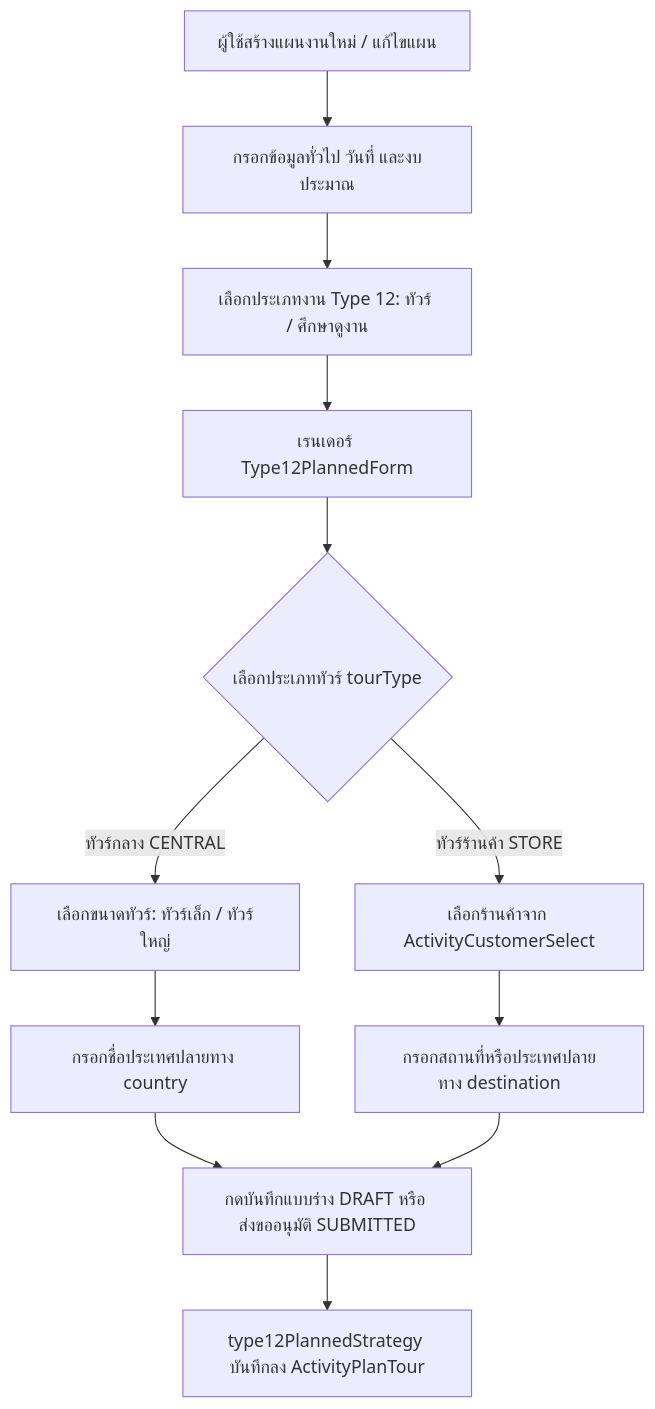
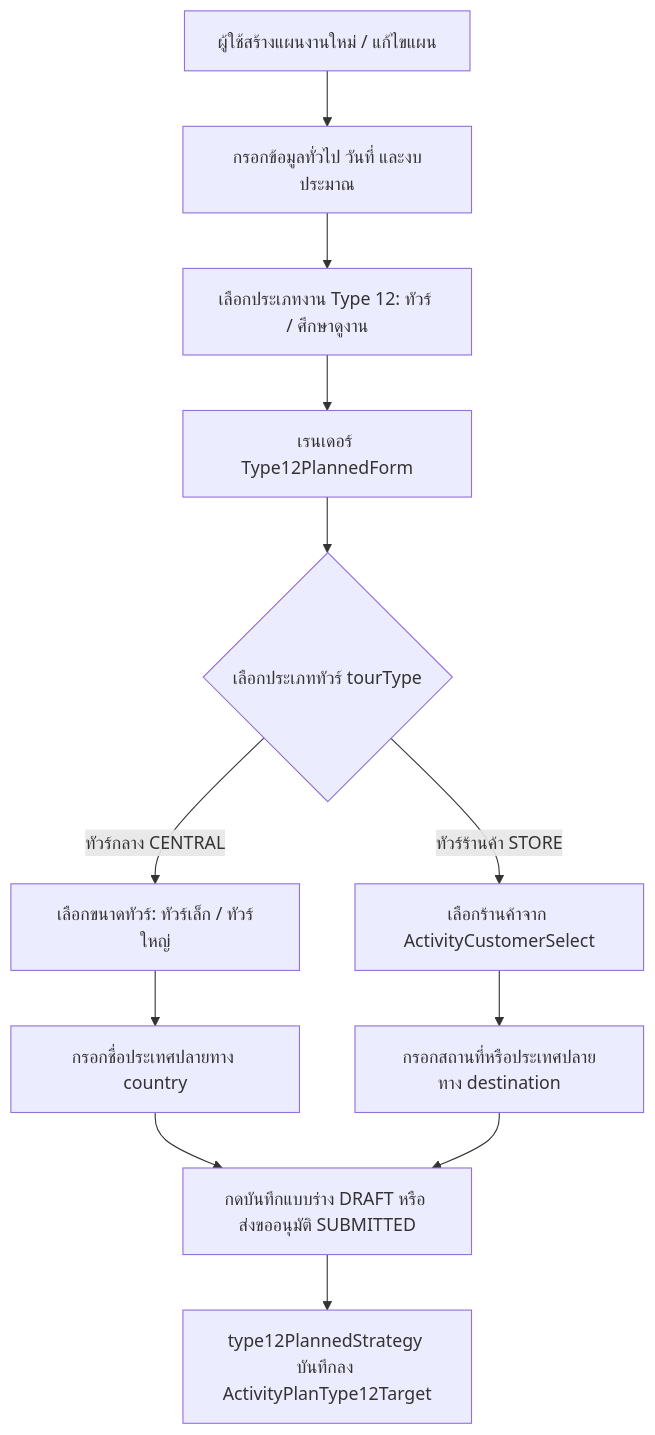
One commit to bankhk10/crm-bank changed the first of 3 diagrams in modules/activity/features/type-12/README.md. Above: the diagram before and after it, drawn with Mermaid. The commit also changed other lines of this file and 28 other files, not shown here.

````diff
--- a/modules/activity/features/type-12/README.md
+++ b/modules/activity/features/type-12/README.md
@@ -48,14 +48,14 @@
 ```mermaid
 graph TD
     A[ผู้ใช้สร้างแผนงานใหม่ / แก้ไขแผน] --> B[กรอกข้อมูลทั่วไป วันที่ และงบประมาณ]
     B --> C[เลือกประเภทงาน Type 12: ทัวร์ / ศึกษาดูงาน]
     C --> D[เรนเดอร์ Type12PlannedForm]
     D --> E{เลือกประเภททัวร์ tourType}
     E -->|ทัวร์กลาง CENTRAL| F[เลือกขนาดทัวร์: ทัวร์เล็ก / ทัวร์ใหญ่]
     F --> G[กรอกชื่อประเทศปลายทาง country]
     E -->|ทัวร์ร้านค้า STORE| H[เลือกร้านค้าจาก ActivityCustomerSelect]
     H --> I[กรอกสถานที่หรือประเทศปลายทาง destination]
     G --> J[กดบันทึกแบบร่าง DRAFT หรือ ส่งขออนุมัติ SUBMITTED]
     I --> J
-    J --> K[type12PlannedStrategy บันทึกลง ActivityPlanTour]
+    J --> K[type12PlannedStrategy บันทึกลง ActivityPlanType12Target]
 ```
````
